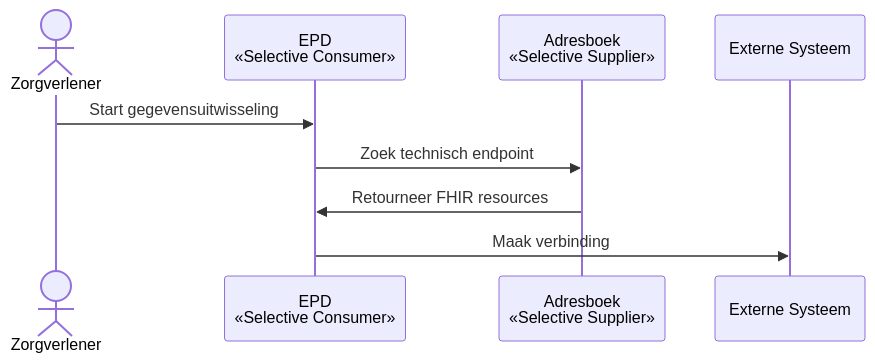
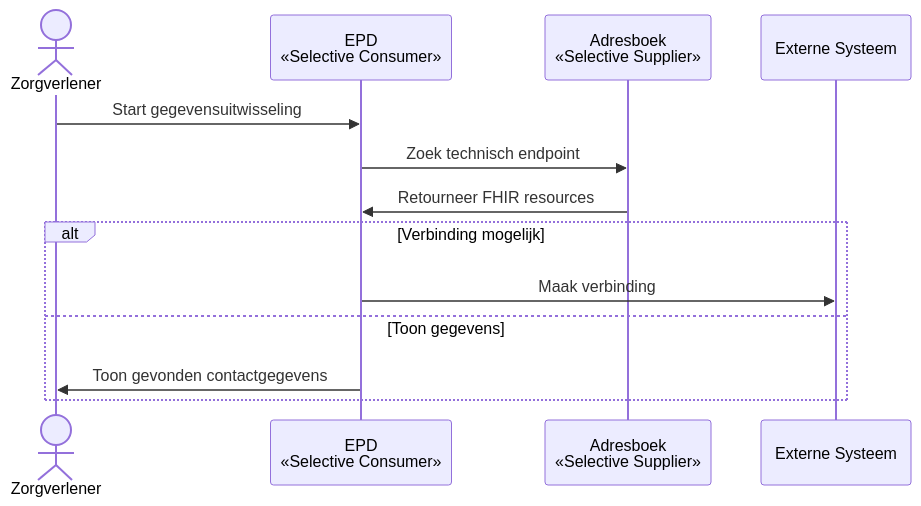
The first of 3 diagrams in docs/adressering/03_gebruiks_casussen.md (minvws/gfmodules-functionele-documentatie), drawn with Mermaid before and after one commit. The commit also changed other lines of this file and 8 other files, not shown here.

````diff
--- a/docs/adressering/03_gebruiks_casussen.md
+++ b/docs/adressering/03_gebruiks_casussen.md
@@ -22,11 +27,15 @@
 ```{mermaid}
 sequenceDiagram
     actor Zorgverlener
     participant EPD as EPD<br>«Selective Consumer»
     participant Adresboek as Adresboek<br>«Selective Supplier»
 
     Zorgverlener->>EPD: Start gegevensuitwisseling
     EPD->>Adresboek: Zoek technisch endpoint
     Adresboek->>EPD: Retourneer FHIR resources
-    EPD->>Externe Systeem: Maak verbinding
+    alt Verbinding mogelijk
+        EPD->>Externe Systeem: Maak verbinding
+    else Toon gegevens
+        EPD->>Zorgverlener: Toon gevonden contactgegevens
+    end
 ```
````
